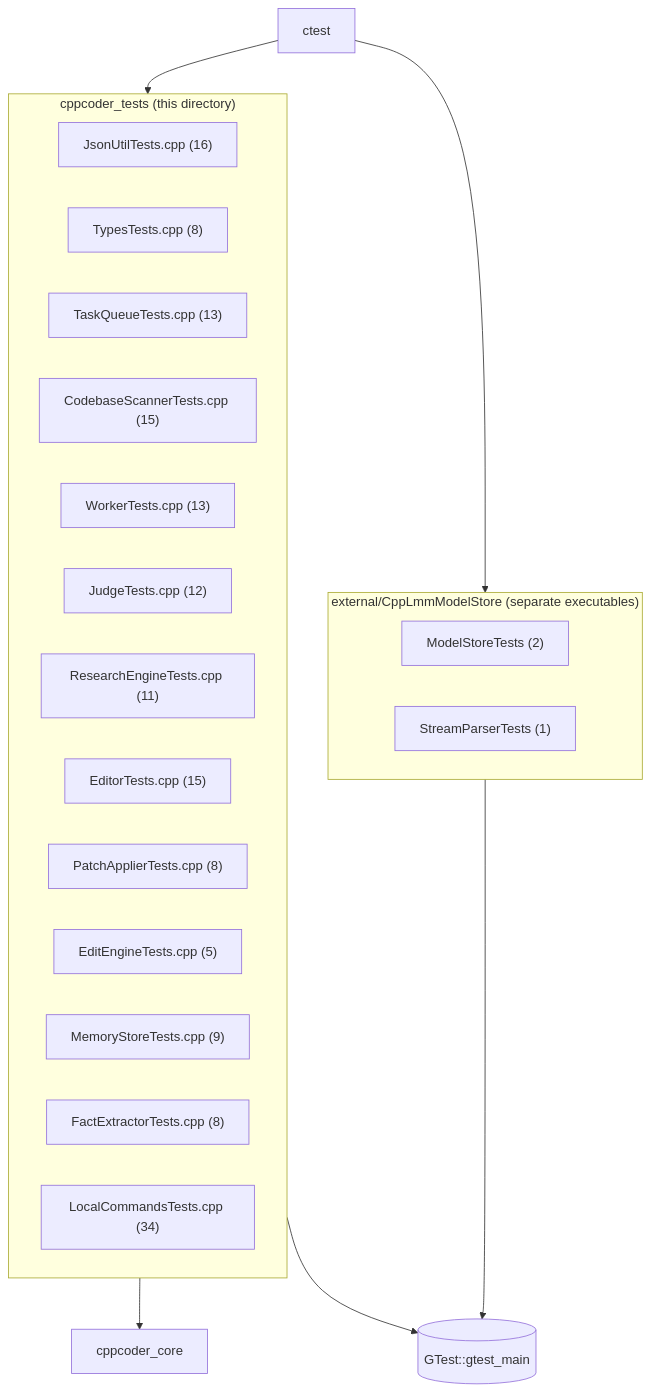
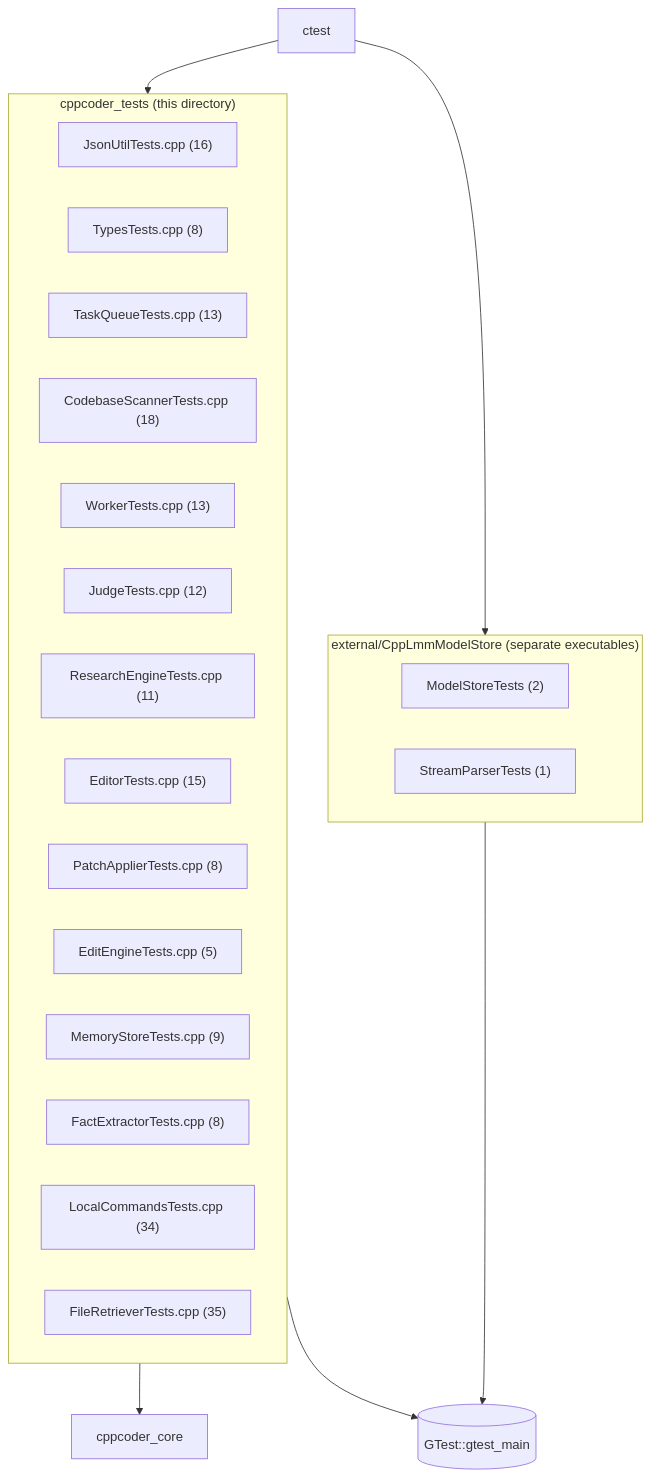
One commit to cschladetsch/CppLocalLlmCodeAssist changed the diagram in tests/README.md. Above: the diagram before and after it, drawn with Mermaid. The commit also changed other lines of this file and 19 other files, not shown here.

````diff
--- a/tests/README.md
+++ b/tests/README.md
@@ -42,29 +44,30 @@
 ```mermaid
 flowchart TD
     subgraph exe["cppcoder_tests (this directory)"]
         JsonUtilTests["JsonUtilTests.cpp (16)"]
         TypesTests["TypesTests.cpp (8)"]
         TaskQueueTests["TaskQueueTests.cpp (13)"]
-        CodebaseScannerTests["CodebaseScannerTests.cpp (15)"]
+        CodebaseScannerTests["CodebaseScannerTests.cpp (18)"]
         WorkerTests["WorkerTests.cpp (13)"]
         JudgeTests["JudgeTests.cpp (12)"]
         ResearchEngineTests["ResearchEngineTests.cpp (11)"]
         EditorTests["EditorTests.cpp (15)"]
         PatchApplierTests["PatchApplierTests.cpp (8)"]
         EditEngineTests["EditEngineTests.cpp (5)"]
         MemoryStoreTests["MemoryStoreTests.cpp (9)"]
         FactExtractorTests["FactExtractorTests.cpp (8)"]
         LocalCommandsTests["LocalCommandsTests.cpp (34)"]
+        FileRetrieverTests["FileRetrieverTests.cpp (35)"]
     end
     exe --> cppcoder_core
     exe --> GTest[("GTest::gtest_main")]
 
     subgraph submodule["external/CppLmmModelStore (separate executables)"]
         ModelStoreTests["ModelStoreTests (2)"]
         StreamParserTests["StreamParserTests (1)"]
     end
     submodule --> GTest
 
     ctest["ctest"] --> exe
     ctest --> submodule
 ```
````
